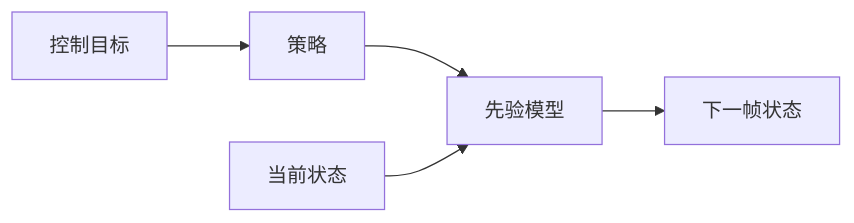
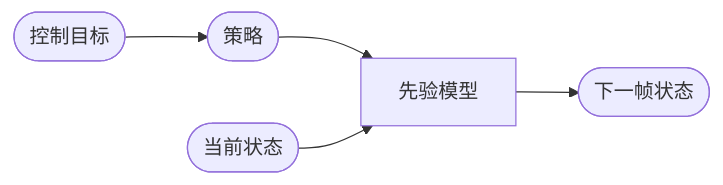
One commit to CaterpillarStudyGroup/ImportantArticles changed the fifth of 7 diagrams in src/MeshAnimation/SkeletonProxy/笔记.md. Above: the diagram before and after it, drawn with Mermaid. The commit also changed other lines of this file and 1 other file, not shown here.

````diff
--- a/src/MeshAnimation/SkeletonProxy/笔记.md
+++ b/src/MeshAnimation/SkeletonProxy/笔记.md
@@ -129,5 +128,5 @@
 ```mermaid
 flowchart LR
- A[控制目标]-->B[策略]--> D[先验模型]--> E[下一帧状态]
- C[当前状态]--> D
+ A([控制目标])-->B([策略])--> D[先验模型]--> E([下一帧状态])
+ C([当前状态])--> D
 ```
````
